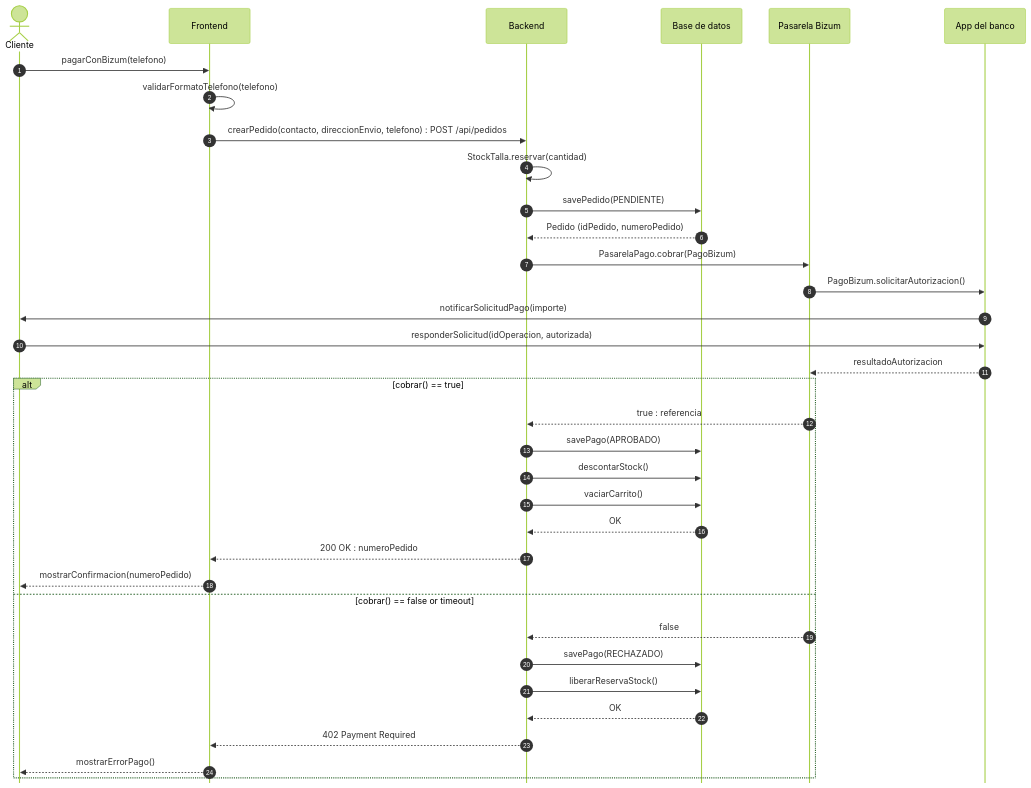
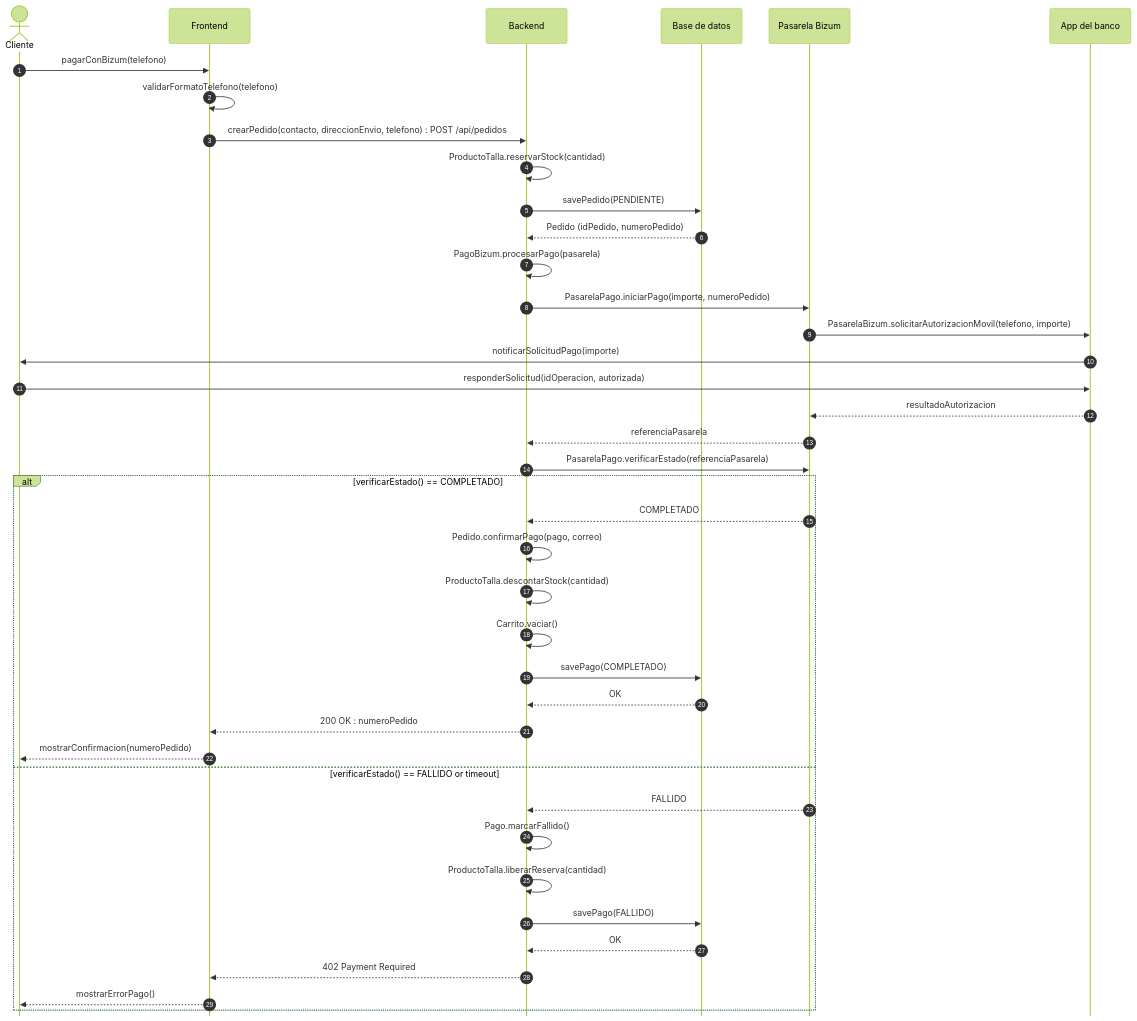
Before and after one commit to ajgarciarias10/PR3GPS: the diagram in Practica3_G11_LaTeX/codigo/sec_us07.mmd, drawn with Mermaid (forest theme). The commit also changed 27 other files, not shown here.

First line of the commit message:
fix(bloque3): alinear diagramas de secuencia con el diagrama de clases final

```diff
--- a/Practica3_G11_LaTeX/codigo/sec_us07.mmd
+++ b/Practica3_G11_LaTeX/codigo/sec_us07.mmd
@@ -1,36 +1,41 @@
 %%{init: {'sequence': {'mirrorActors': false}}}%%
 sequenceDiagram
     autonumber
     actor U as Cliente
     participant FE as Frontend
     participant BE as Backend
     participant DB as Base de datos
     participant PB as Pasarela Bizum
     participant BK as App del banco
     U->>FE: pagarConBizum(telefono)
     FE->>FE: validarFormatoTelefono(telefono)
     FE->>BE: crearPedido(contacto, direccionEnvio, telefono) : POST /api/pedidos
-    BE->>BE: StockTalla.reservar(cantidad)
+    BE->>BE: ProductoTalla.reservarStock(cantidad)
     BE->>DB: savePedido(PENDIENTE)
     DB-->>BE: Pedido (idPedido, numeroPedido)
-    BE->>PB: PasarelaPago.cobrar(PagoBizum)
-    PB->>BK: PagoBizum.solicitarAutorizacion()
+    BE->>BE: PagoBizum.procesarPago(pasarela)
+    BE->>PB: PasarelaPago.iniciarPago(importe, numeroPedido)
+    PB->>BK: PasarelaBizum.solicitarAutorizacionMovil(telefono, importe)
     BK->>U: notificarSolicitudPago(importe)
     U->>BK: responderSolicitud(idOperacion, autorizada)
     BK-->>PB: resultadoAutorizacion
-    alt cobrar() == true
-        PB-->>BE: true : referencia
-        BE->>DB: savePago(APROBADO)
-        BE->>DB: descontarStock()
-        BE->>DB: vaciarCarrito()
+    PB-->>BE: referenciaPasarela
+    BE->>PB: PasarelaPago.verificarEstado(referenciaPasarela)
+    alt verificarEstado() == COMPLETADO
+        PB-->>BE: COMPLETADO
+        BE->>BE: Pedido.confirmarPago(pago, correo)
+        BE->>BE: ProductoTalla.descontarStock(cantidad)
+        BE->>BE: Carrito.vaciar()
+        BE->>DB: savePago(COMPLETADO)
         DB-->>BE: OK
         BE-->>FE: 200 OK : numeroPedido
         FE-->>U: mostrarConfirmacion(numeroPedido)
-    else cobrar() == false or timeout
-        PB-->>BE: false
-        BE->>DB: savePago(RECHAZADO)
-        BE->>DB: liberarReservaStock()
+    else verificarEstado() == FALLIDO or timeout
+        PB-->>BE: FALLIDO
+        BE->>BE: Pago.marcarFallido()
+        BE->>BE: ProductoTalla.liberarReserva(cantidad)
+        BE->>DB: savePago(FALLIDO)
         DB-->>BE: OK
         BE-->>FE: 402 Payment Required
         FE-->>U: mostrarErrorPago()
     end
```
